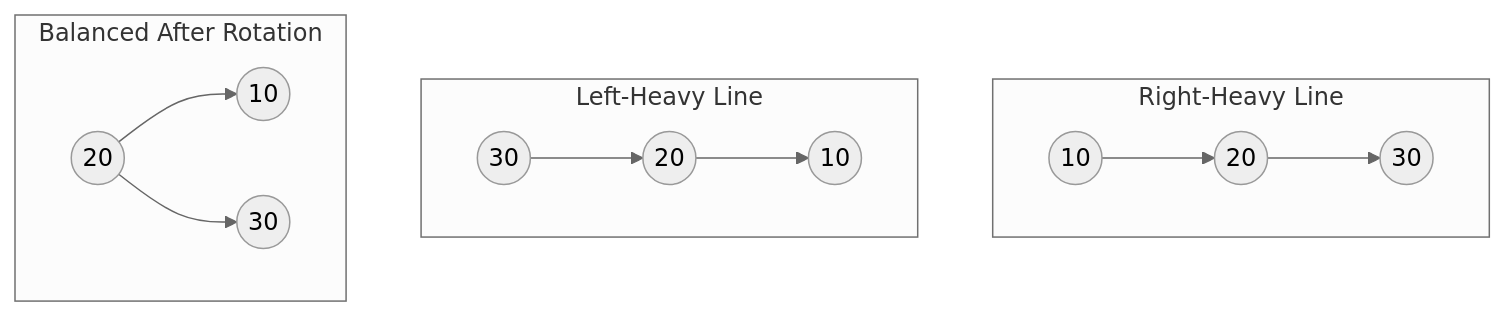
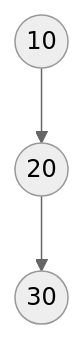
The third of 13 diagrams in tree/17_avl_trees.md (ARYAN-KUMAR-22/dsa), drawn with Mermaid (neutral theme) before and after one commit. The commit also changed other lines of this file, not shown here.

````diff
--- a/tree/17_avl_trees.md
+++ b/tree/17_avl_trees.md
@@ -308,17 +309,5 @@
 ```mermaid
 graph TD
-    subgraph Right_Heavy_Line ["Right-Heavy Line"]
-        10A((10)) --> 20A((20))
-        20A --> 30A((30))
-    end
-    
-    subgraph Left_Heavy_Line ["Left-Heavy Line"]
-        30B((30)) --> 20B((20))
-        20B --> 10B((10))
-    end
-    
-    subgraph Balanced_After_Rotation ["Balanced After Rotation"]
-        20C((20)) --> 10C((10))
-        20C --> 30C((30))
-    end
+    10A((10)) --> 20A((20))
+    20A --> 30A((30))
 ```
````
